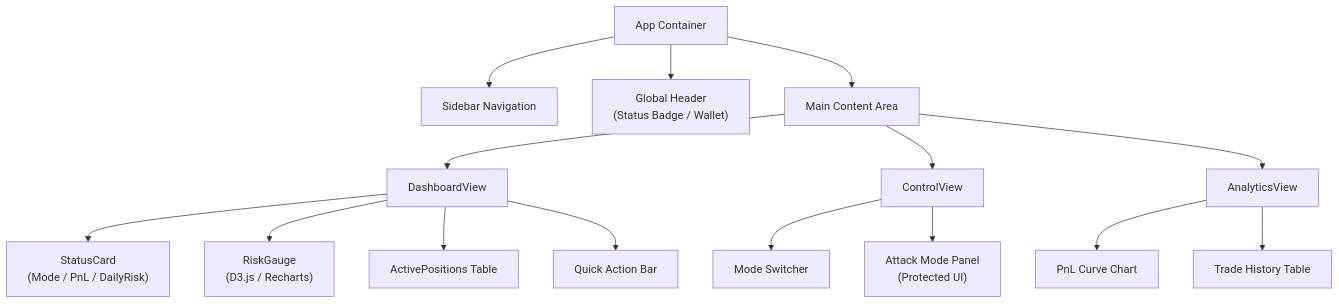
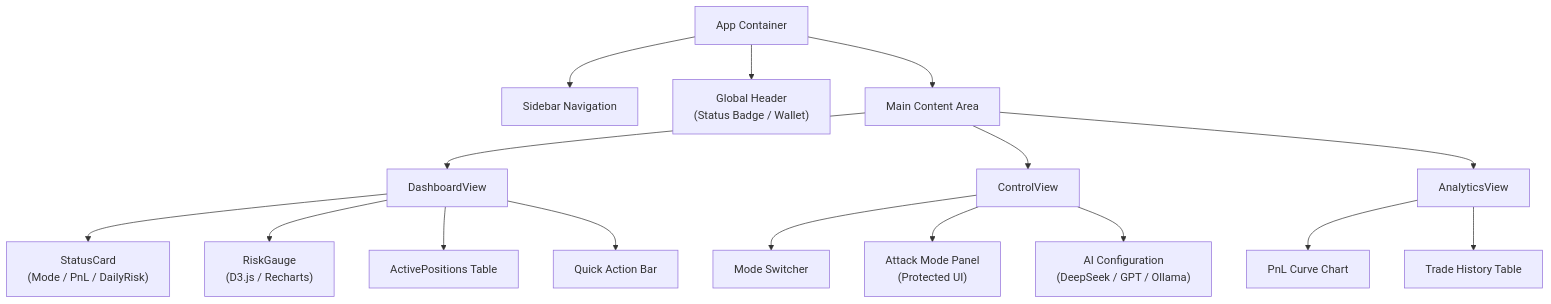
Before and after one commit to newsmallsprout/Shark_Quantitative_Robot: the second of 2 diagrams in Gate Attack Quant Bot.md, drawn with Mermaid. The commit also changed other lines of this file, not shown here.

````diff
--- a/Gate Attack Quant Bot.md
+++ b/Gate Attack Quant Bot.md
@@ -184,20 +238,21 @@
 ```mermaid
 graph TD
     App[App Container] --> Sidebar[Sidebar Navigation]
     App --> Header["Global Header\n(Status Badge / Wallet)"]
     App --> Main[Main Content Area]
     
     Main --> DashboardView
     DashboardView --> StatusCard["StatusCard\n(Mode / PnL / DailyRisk)"]
     DashboardView --> RiskGauge["RiskGauge\n(D3.js / Recharts)"]
     DashboardView --> ActivePositions[ActivePositions Table]
     DashboardView --> QuickActions[Quick Action Bar]
     
     Main --> ControlView
     ControlView --> ModeSwitch[Mode Switcher]
     ControlView --> AttackPanel["Attack Mode Panel\n(Protected UI)"]
+    ControlView --> AIConfigPanel["AI Configuration\n(DeepSeek / GPT / Ollama)"]
     
     Main --> AnalyticsView
     AnalyticsView --> PnLChart[PnL Curve Chart]
     AnalyticsView --> TradeLog[Trade History Table]
 ```
````
